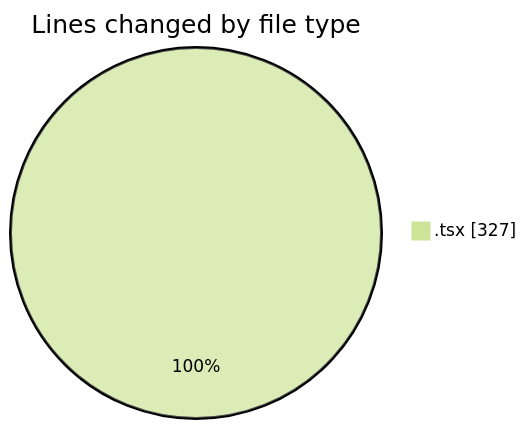
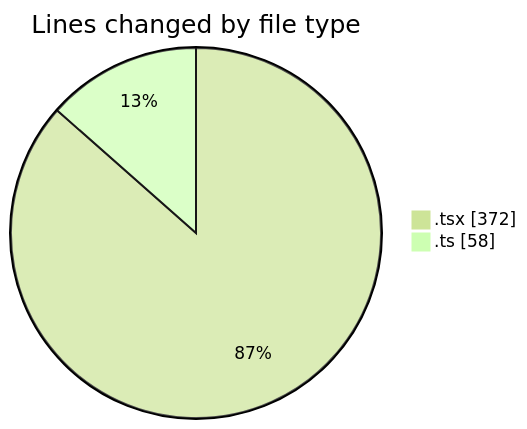
One commit to nxtqubesakshisongat/code-tracking changed the first of 2 diagrams in 2026-04-17/airfeed-analytics-dashboard/README.md. Above: the diagram before and after it, drawn with Mermaid (forest theme). The commit also changed other lines of this file and 1 other file, not shown here.

````diff
--- a/2026-04-17/airfeed-analytics-dashboard/README.md
+++ b/2026-04-17/airfeed-analytics-dashboard/README.md
@@ -21,5 +22,6 @@
 ```mermaid
 pie showData
 title Lines changed by file type
-".tsx" : 327
+".tsx" : 372
+".ts" : 58
 ```
````
